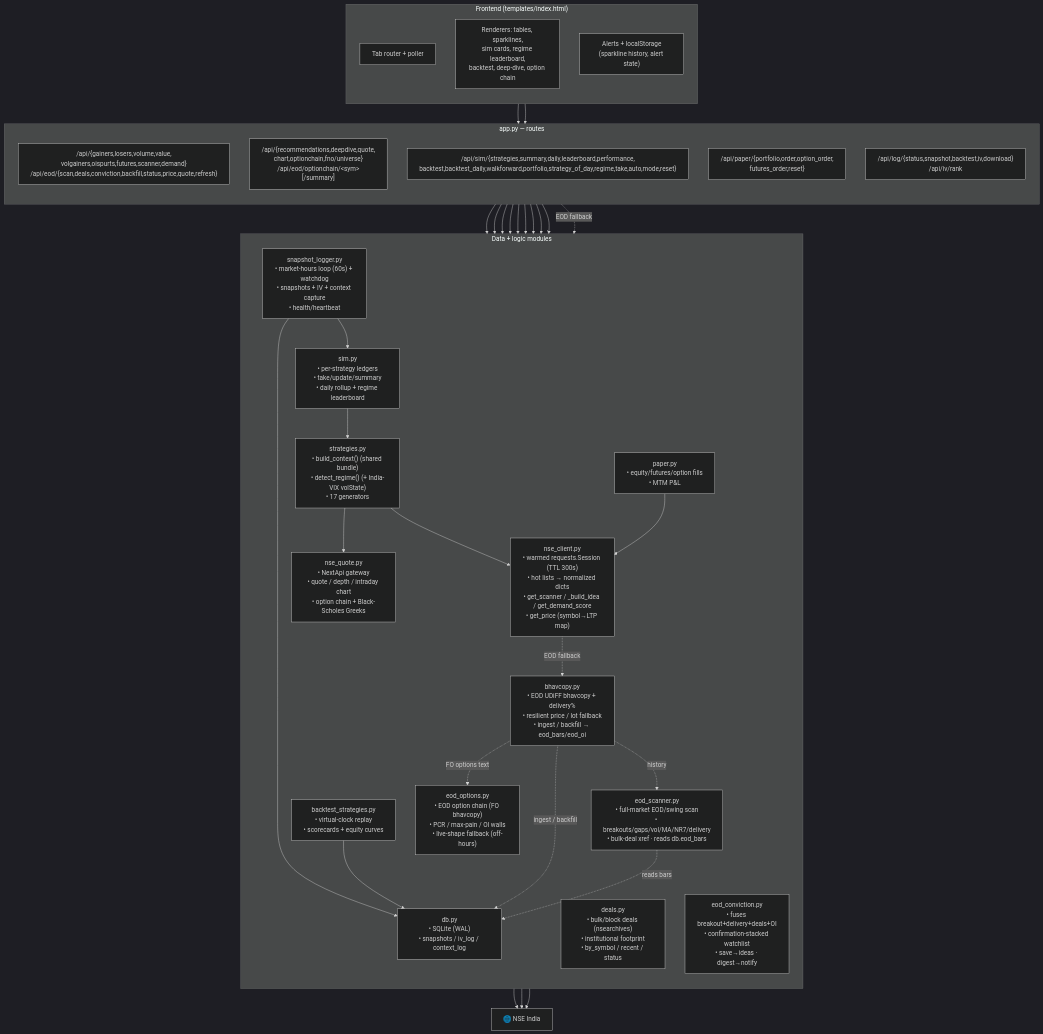
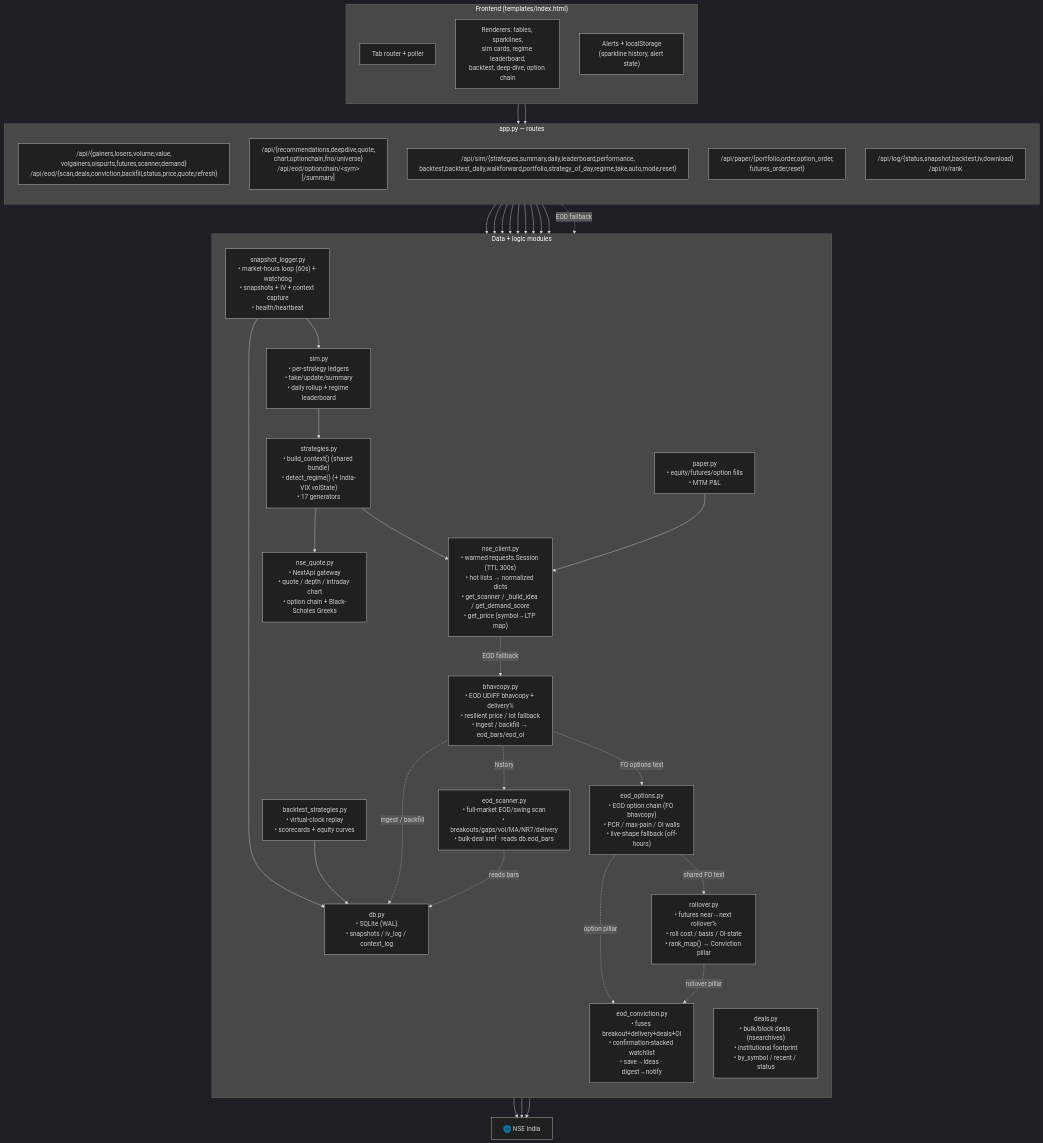
The third of 8 diagrams in README.md (aakash-jain-1/nse-market-pulse), drawn with Mermaid (dark theme) before and after one commit. The commit also changed other lines of this file and 14 other files, not shown here.

First line of the commit message:
Futures rollover tracker + fuse it into the Conviction board; 709 -> 730 tests

````diff
--- a/README.md
+++ b/README.md
@@ -237,60 +238,64 @@
 ```mermaid
 flowchart TB
     subgraph FE["Frontend (templates/index.html)"]
         direction TB
         TABS["Tab router + poller"]
         REND["Renderers: tables, sparklines,<br/>sim cards, regime leaderboard,<br/>backtest, deep-dive, option chain"]
         ALERT["Alerts + localStorage<br/>(sparkline history, alert state)"]
     end
 
     subgraph API["app.py — routes"]
         direction TB
         R1["/api/{gainers,losers,volume,value,<br/>volgainers,oispurts,futures,scanner,demand}<br/>/api/eod/{scan,deals,conviction,backfill,status,price,quote,refresh}"]
         R2["/api/{recommendations,deepdive,quote,<br/>chart,optionchain,fno/universe}<br/>/api/eod/optionchain/&lt;sym&gt;[/summary]"]
         R3["/api/sim/{strategies,summary,daily,leaderboard,performance,<br/>backtest,backtest_daily,walkforward,portfolio,strategy_of_day,regime,take,auto,mode,reset}"]
         R4["/api/paper/{portfolio,order,option_order,<br/>futures_order,reset}"]
         R5["/api/log/{status,snapshot,backtest,iv,download}<br/>/api/iv/rank"]
     end
 
     subgraph DATA["Data + logic modules"]
         direction TB
         NC["nse_client.py<br/>• warmed requests.Session (TTL 300s)<br/>• hot lists → normalized dicts<br/>• get_scanner / _build_idea / get_demand_score<br/>• get_price (symbol→LTP map)"]
         NQ["nse_quote.py<br/>• NextApi gateway<br/>• quote / depth / intraday chart<br/>• option chain + Black-Scholes Greeks"]
         BC["bhavcopy.py<br/>• EOD UDiFF bhavcopy + delivery%<br/>• resilient price / lot fallback<br/>• ingest / backfill → eod_bars/eod_oi"]
         DL["deals.py<br/>• bulk/block deals (nsearchives)<br/>• institutional footprint<br/>• by_symbol / recent / status"]
         ES["eod_scanner.py<br/>• full-market EOD/swing scan<br/>• breakouts/gaps/vol/MA/NR7/delivery<br/>• bulk-deal xref · reads db.eod_bars"]
         CV["eod_conviction.py<br/>• fuses breakout+delivery+deals+OI<br/>• confirmation-stacked watchlist<br/>• save→ideas · digest→notify"]
         EO["eod_options.py<br/>• EOD option chain (FO bhavcopy)<br/>• PCR / max-pain / OI walls<br/>• live-shape fallback (off-hours)"]
+        RO["rollover.py<br/>• futures near→next rollover%<br/>• roll cost / basis / OI-state<br/>• rank_map() → Conviction pillar"]
         ST["strategies.py<br/>• build_context() (shared bundle)<br/>• detect_regime() (+ India-VIX volState)<br/>• 17 generators"]
         SM["sim.py<br/>• per-strategy ledgers<br/>• take/update/summary<br/>• daily rollup + regime leaderboard"]
         BK["backtest_strategies.py<br/>• virtual-clock replay<br/>• scorecards + equity curves"]
         PP["paper.py<br/>• equity/futures/option fills<br/>• MTM P&L"]
         SL["snapshot_logger.py<br/>• market-hours loop (60s) + watchdog<br/>• snapshots + IV + context capture<br/>• health/heartbeat"]
         DBM["db.py<br/>• SQLite (WAL)<br/>• snapshots / iv_log / context_log"]
     end
 
     NSEAPI["🌐 NSE India"]
 
     TABS --> API
     REND --> API
     R1 --> NC
     R2 --> NC & NQ
     R3 --> SM & BK & ST
     R4 --> PP
     R5 --> SL
     NC --> NSEAPI
     NQ --> NSEAPI
     ST --> NC & NQ
     SM --> ST
     SL --> SM & DBM
     BK --> DBM
     PP --> NC
     NC -.EOD fallback.-> BC
     BC --> NSEAPI
     BC -.ingest / backfill.-> DBM
     R1 --> ES
     ES -.reads bars.-> DBM
     BC -.history.-> ES
     R2 -.EOD fallback.-> EO
     BC -.FO options text.-> EO
+    EO -.shared FO text.-> RO
+    EO -.option pillar.-> CV
+    RO -.rollover pillar.-> CV
 ```
````
